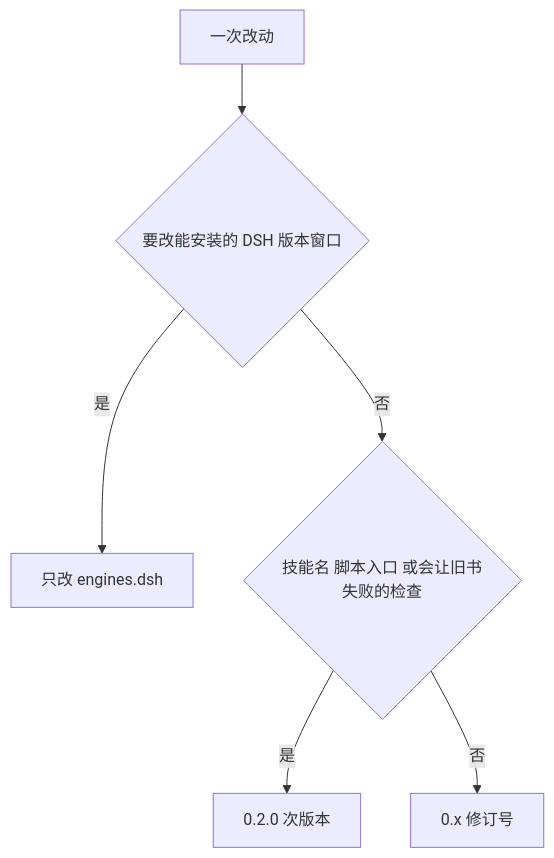
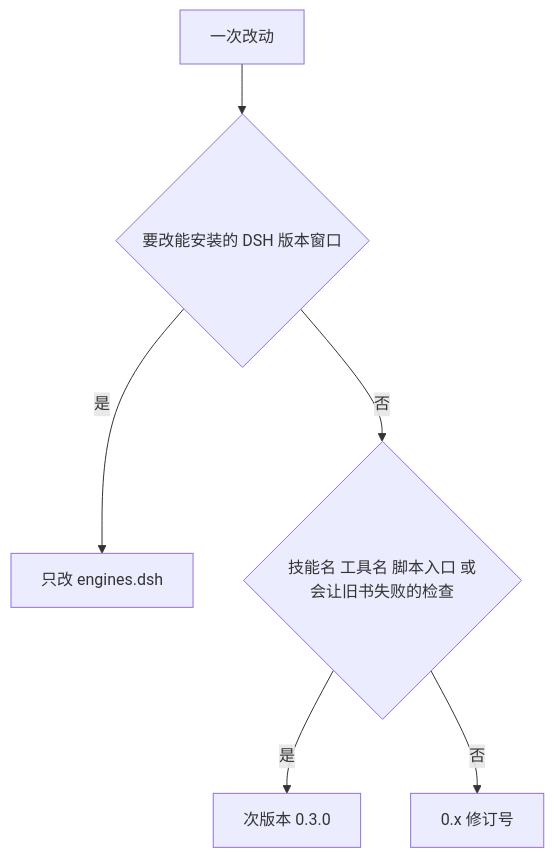
Before and after one commit to chengzhao-dev/dsh-quarto-book: the diagram in docs/versioning.md, drawn with Mermaid. The commit also changed other lines of this file and 16 other files, not shown here.

````diff
--- a/docs/versioning.md
+++ b/docs/versioning.md
@@ -26,8 +26,8 @@
 ```mermaid
 flowchart TD
   change[一次改动] --> host{要改能安装的 DSH 版本窗口}
   host -->|是| engines[只改 engines.dsh]
-  host -->|否| contract{技能名 脚本入口 或会让旧书失败的检查}
-  contract -->|是| minor[0.2.0 次版本]
+  host -->|否| contract{技能名 工具名 脚本入口 或会让旧书失败的检查}
+  contract -->|是| minor[次版本 0.3.0]
   contract -->|否| patch[0.x 修订号]
 ```
````
